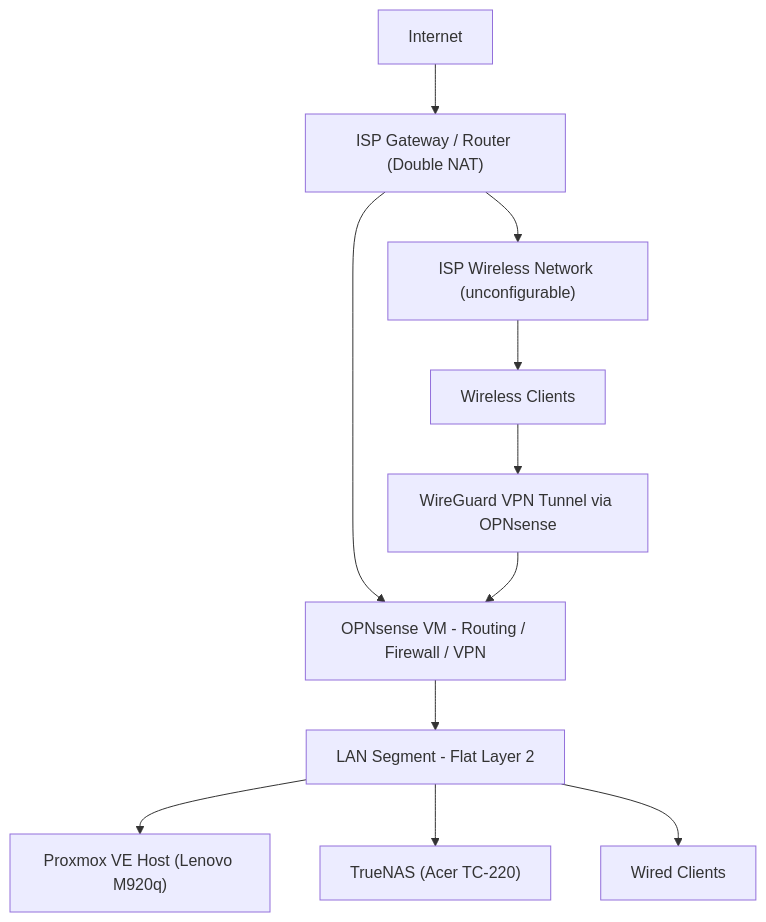
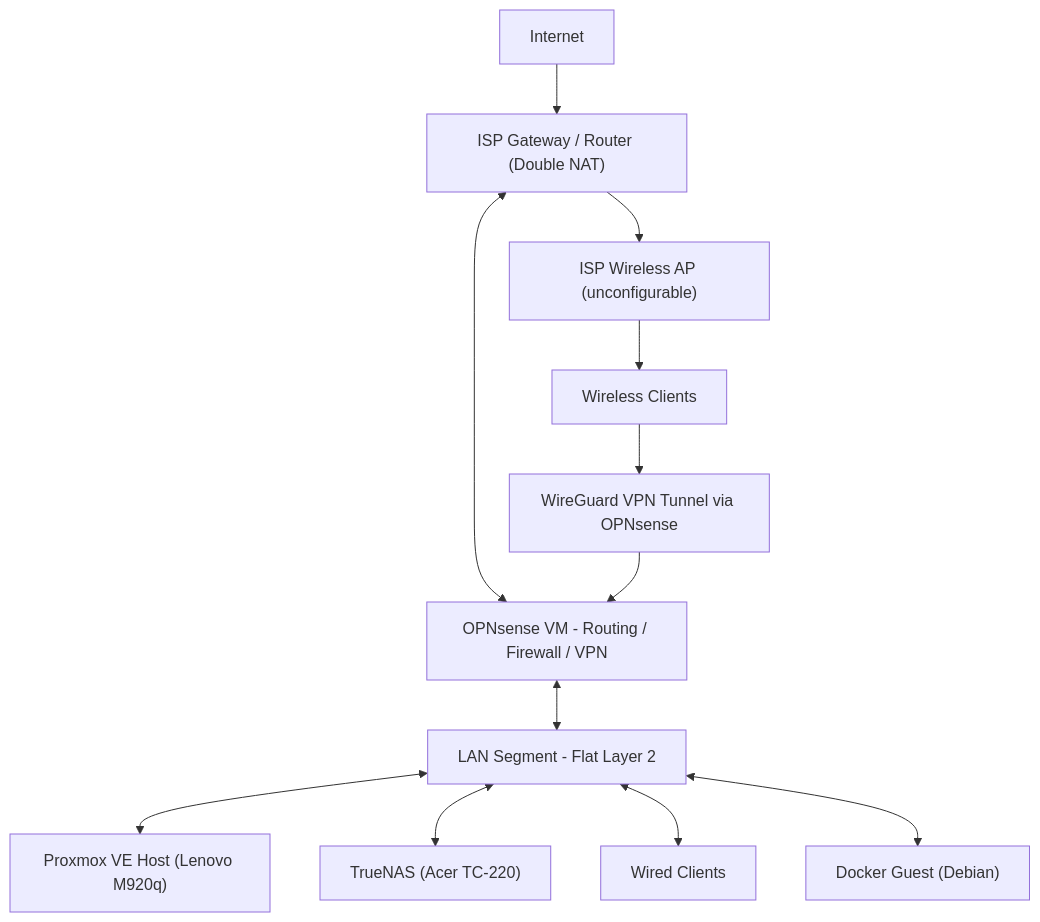
One commit to overflow-gitch/Self-Hosted-Infrastructure changed the diagram in README.md. Above: the diagram before and after it, drawn with Mermaid. The commit also changed other lines of this file, not shown here.

````diff
--- a/README.md
+++ b/README.md
@@ -30,18 +30,20 @@
 ```mermaid
 graph TD
     Internet --> ISP["ISP Gateway / Router (Double NAT)"]
 
-    ISP --> OPNsense["OPNsense VM - Routing / Firewall / VPN"]
+    ISP <--> OPNsense["OPNsense VM - Routing / Firewall / VPN"]
 
-    OPNsense --> LAN["LAN Segment - Flat Layer 2"]
+    OPNsense <--> LAN["LAN Segment - Flat Layer 2"]
 
-    LAN --> Proxmox["Proxmox VE Host (Lenovo M920q)"]
-    LAN --> TrueNAS["TrueNAS (Acer TC-220)"]
-    LAN --> WiredClients["Wired Clients"]
+    LAN <--> Proxmox["Proxmox VE Host (Lenovo M920q)"]
+    LAN <--> TrueNAS["TrueNAS (Acer TC-220)"]
+    LAN <--> WiredClients["Wired Clients"]
 
-    ISP --> WiFi["ISP Wireless Network (unconfigurable)"]
+    LAN <--> Docker["Docker Guest (Debian)"]
+
+    ISP --> WiFi["ISP Wireless AP (unconfigurable)"]
     WiFi --> WirelessClients["Wireless Clients"]
 
     WirelessClients --> VPN["WireGuard VPN Tunnel via OPNsense"]
     VPN --> OPNsense
 ```
````
